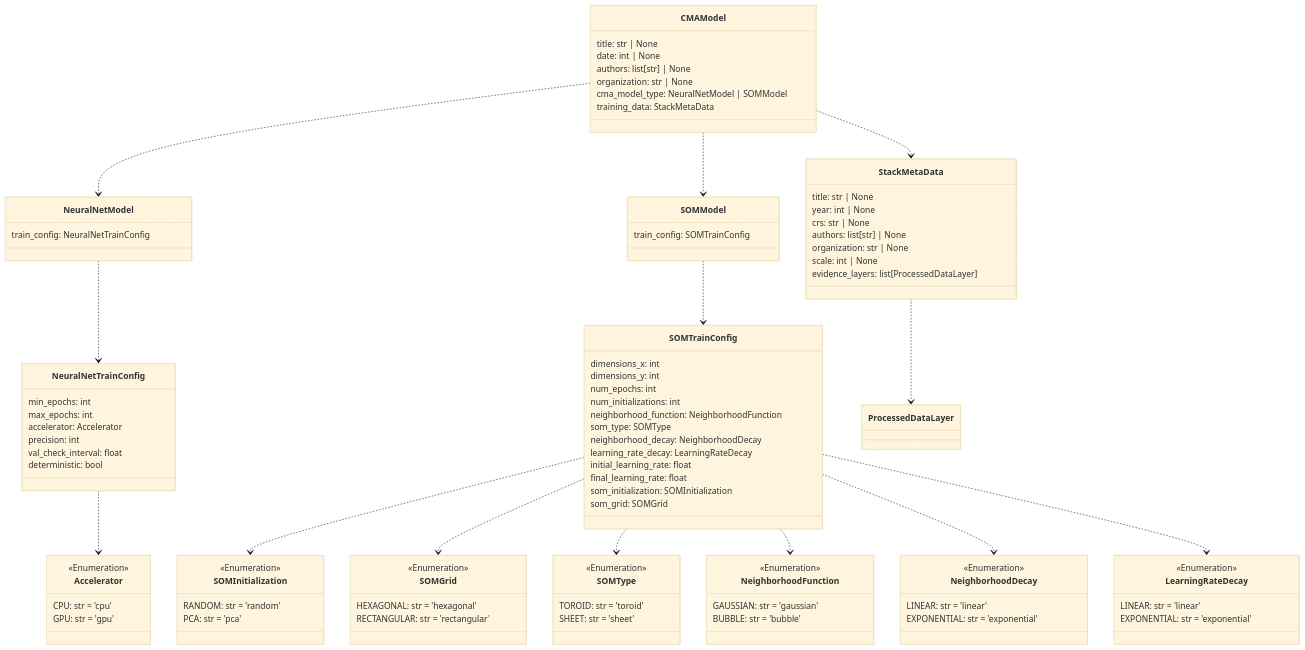
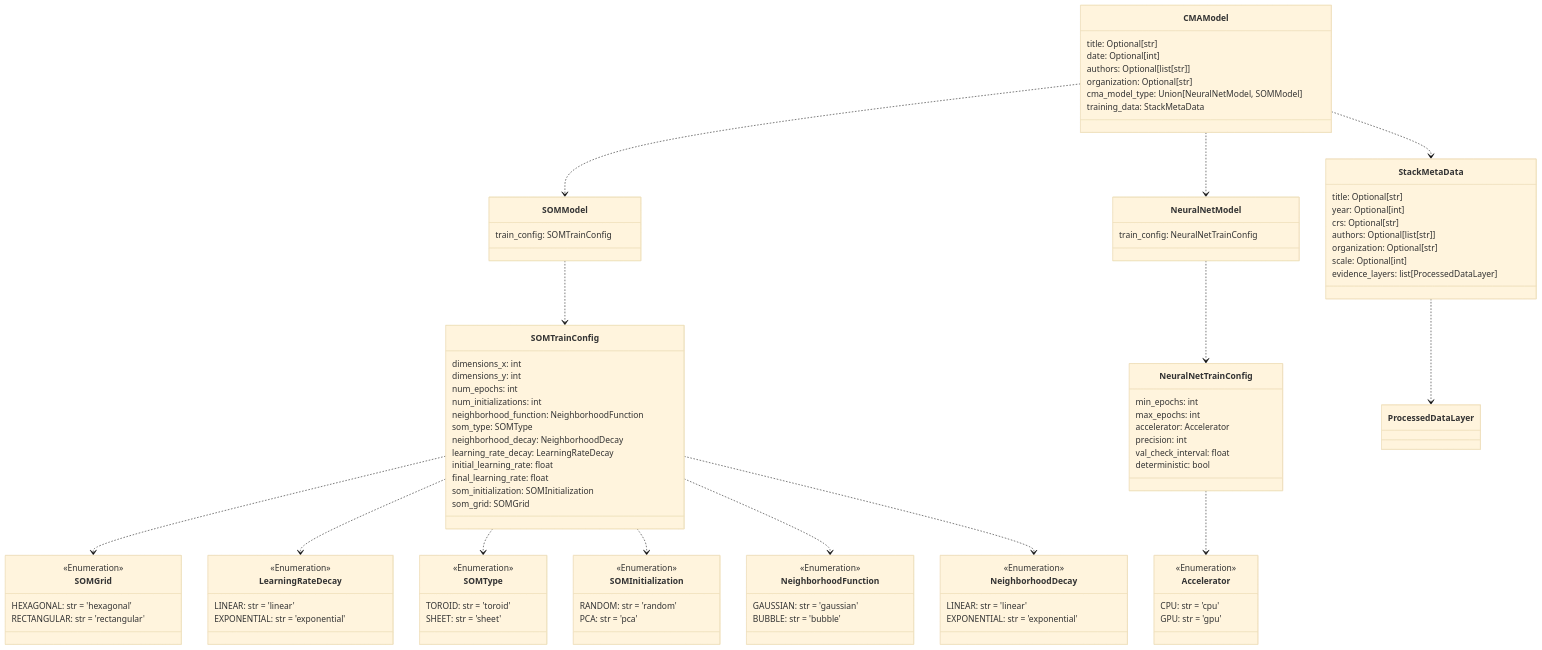
Diagram 14 of 14 in README.md (DARPA-CRITICALMAAS/cdr_schemas), drawn with Mermaid (base theme) before and after one commit. The commit also changed other lines of this file and 2 other files, not shown here.

````diff
--- a/README.md
+++ b/README.md
@@ -1096,56 +1064,5 @@
 ```mermaid
 classDiagram
-
-    class CMAModel {
-        title: str | None
-        date: int | None
-        authors: list[str] | None
-        organization: str | None
-        cma_model_type: NeuralNetModel | SOMModel
-        training_data: StackMetaData
-    }
-
-    class SOMGrid {
-        <<Enumeration>>
-        HEXAGONAL: str = 'hexagonal'
-        RECTANGULAR: str = 'rectangular'
-    }
-
-    class NeuralNetModel {
-        train_config: NeuralNetTrainConfig
-    }
-
-    class Accelerator {
-        <<Enumeration>>
-        CPU: str = 'cpu'
-        GPU: str = 'gpu'
-    }
-
-    class StackMetaData {
-        title: str | None
-        year: int | None
-        crs: str | None
-        authors: list[str] | None
-        organization: str | None
-        scale: int | None
-        evidence_layers: list[ProcessedDataLayer]
-    }
-
-    class SOMModel {
-        train_config: SOMTrainConfig
-    }
-
-    class NeighborhoodDecay {
-        <<Enumeration>>
-        LINEAR: str = 'linear'
-        EXPONENTIAL: str = 'exponential'
-    }
-
-    class LearningRateDecay {
-        <<Enumeration>>
-        LINEAR: str = 'linear'
-        EXPONENTIAL: str = 'exponential'
-    }
 
     class SOMTrainConfig {
         dimensions_x: int
@@ -1162,16 +1079,67 @@
         som_grid: SOMGrid
     }
 
+    class LearningRateDecay {
+        <<Enumeration>>
+        LINEAR: str = 'linear'
+        EXPONENTIAL: str = 'exponential'
+    }
+
+    class SOMType {
+        <<Enumeration>>
+        TOROID: str = 'toroid'
+        SHEET: str = 'sheet'
+    }
+
     class SOMInitialization {
         <<Enumeration>>
         RANDOM: str = 'random'
         PCA: str = 'pca'
     }
 
-    class SOMType {
+    class CMAModel {
+        title: Optional[str]
+        date: Optional[int]
+        authors: Optional[list[str]]
+        organization: Optional[str]
+        cma_model_type: Union[NeuralNetModel, SOMModel]
+        training_data: StackMetaData
+    }
+
+    class NeighborhoodDecay {
         <<Enumeration>>
-        TOROID: str = 'toroid'
-        SHEET: str = 'sheet'
+        LINEAR: str = 'linear'
+        EXPONENTIAL: str = 'exponential'
+    }
+
+    class SOMModel {
+        train_config: SOMTrainConfig
+    }
+
+    class Accelerator {
+        <<Enumeration>>
+        CPU: str = 'cpu'
+        GPU: str = 'gpu'
+    }
+
+    class SOMGrid {
+        <<Enumeration>>
+        HEXAGONAL: str = 'hexagonal'
+        RECTANGULAR: str = 'rectangular'
+    }
+
+    class StackMetaData {
+        title: Optional[str]
+        year: Optional[int]
+        crs: Optional[str]
+        authors: Optional[list[str]]
+        organization: Optional[str]
+        scale: Optional[int]
+        evidence_layers: list[ProcessedDataLayer]
+    }
+
+    class NeuralNetModel {
+        train_config: NeuralNetTrainConfig
     }
 
     class NeighborhoodFunction {
@@ -1191,17 +1159,17 @@
 
     StackMetaData ..> ProcessedDataLayer
     NeuralNetTrainConfig ..> Accelerator
+    SOMTrainConfig ..> SOMGrid
+    SOMTrainConfig ..> LearningRateDecay
+    SOMTrainConfig ..> SOMType
     SOMTrainConfig ..> SOMInitialization
-    SOMTrainConfig ..> SOMGrid
-    SOMTrainConfig ..> SOMType
     SOMTrainConfig ..> NeighborhoodFunction
     SOMTrainConfig ..> NeighborhoodDecay
-    SOMTrainConfig ..> LearningRateDecay
     NeuralNetModel ..> NeuralNetTrainConfig
     SOMModel ..> SOMTrainConfig
+    CMAModel ..> SOMModel
+    CMAModel ..> NeuralNetModel
     CMAModel ..> StackMetaData
-    CMAModel ..> NeuralNetModel
-    CMAModel ..> SOMModel
 
 
 ```
````
